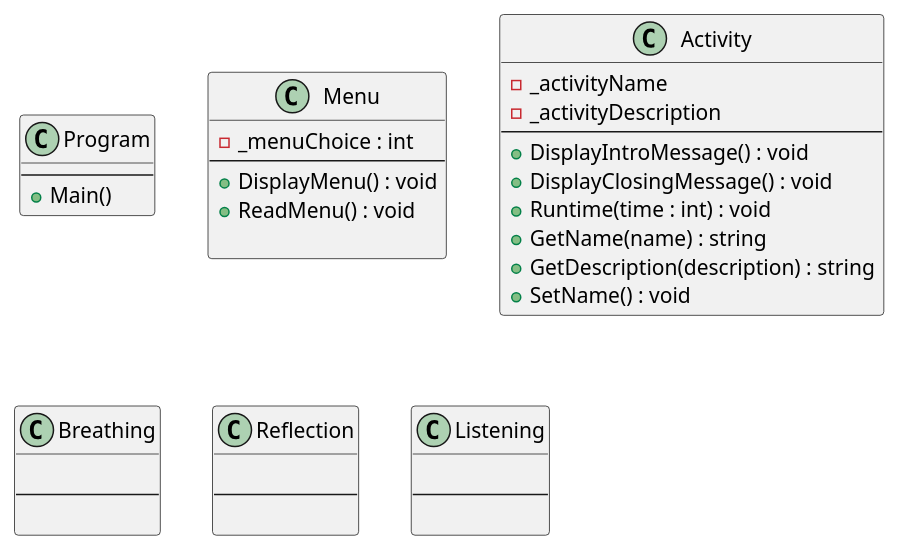
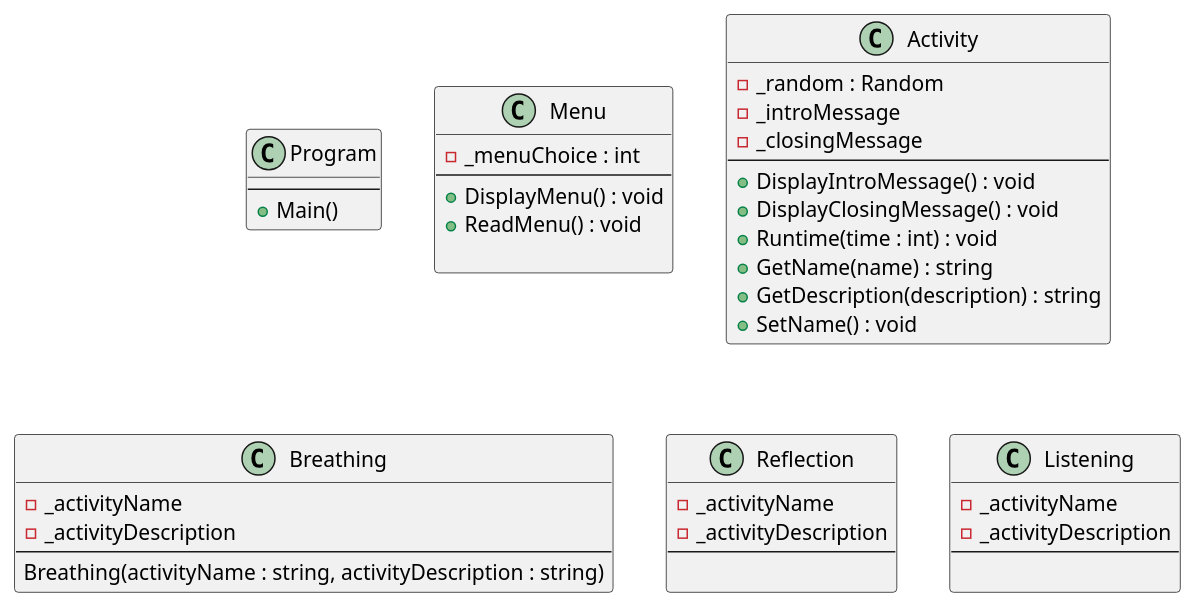
Before and after one commit to automotopia2/cse21---projects: the diagram in prove/Develop04/MindfulnessProgram.puml, drawn with PlantUML. The commit also changed 5 other files, not shown here.

```diff
--- a/prove/Develop04/MindfulnessProgram.puml
+++ b/prove/Develop04/MindfulnessProgram.puml
@@ -1,55 +1,59 @@
 @startuml
 
 class Program
 {
     --
     + Main()
 }
 
 class Menu
 {
     -_menuChoice : int
     --
     + DisplayMenu() : void
     + ReadMenu() : void
 
 }
 
 class Activity
 {
-    -_activityName
-    -_activityDescription
+    -_random : Random
+    -_introMessage
+    -_closingMessage
     --
     + DisplayIntroMessage() : void
     + DisplayClosingMessage() : void
     + Runtime(time : int) : void
     + GetName(name) : string
     + GetDescription(description) : string
     + SetName() : void
 }
 
 class Breathing
 {
-    
+    -_activityName
+    -_activityDescription
     --
-
+    Breathing(activityName : string, activityDescription : string)
 }
 
 class Reflection
 {
-
---
+    -_activityName
+    -_activityDescription
+    --
 
 }
 
 class Listening
 {
-    
+    -_activityName
+    -_activityDescription
     --
     
 }
 
 
 
 
 @enduml
```
